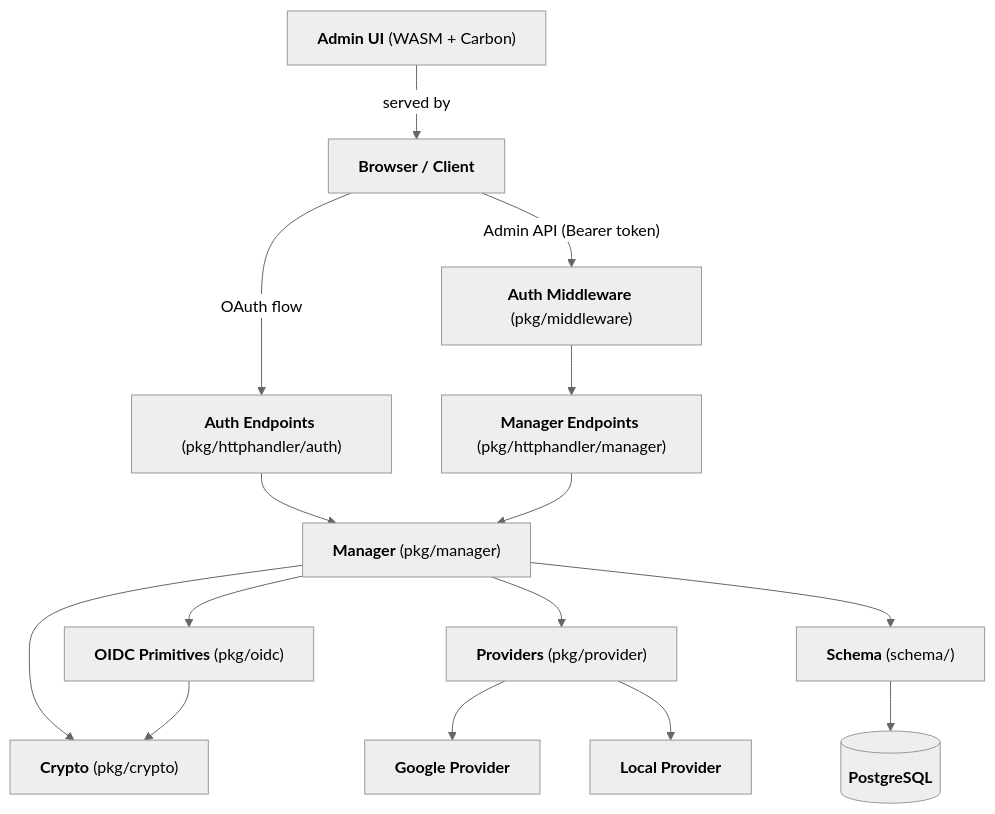
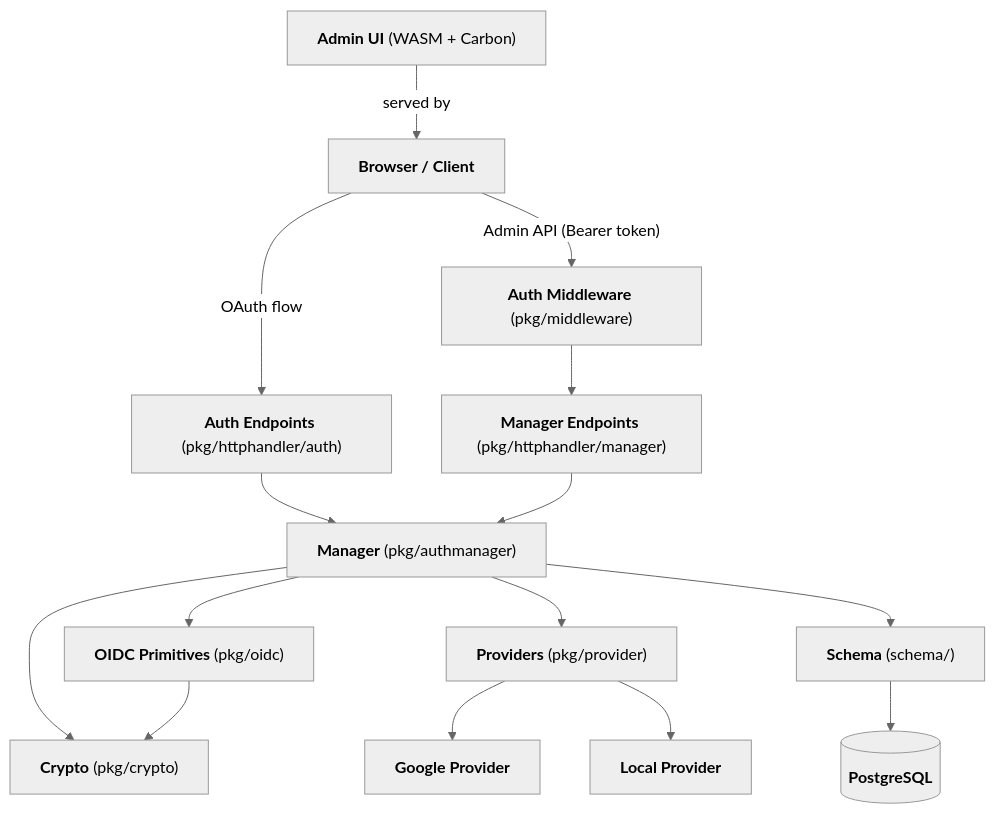
One commit to mutablelogic/go-auth changed the first of 2 diagrams in README.md. Above: the diagram before and after it, drawn with Mermaid (neutral theme). The commit also changed other lines of this file and 54 other files, not shown here.

````diff
--- a/README.md
+++ b/README.md
@@ -160,31 +159,31 @@
 ```mermaid
 flowchart TD
     Browser["<b>Browser / Client</b>"]
     AdminUI["<b>Admin UI</b> (WASM + Carbon)"]
     AuthEP["<b>Auth Endpoints</b> (pkg/httphandler/auth)"]
     MgrEP["<b>Manager Endpoints</b> (pkg/httphandler/manager)"]
     Middleware["<b>Auth Middleware</b> (pkg/middleware)"]
-    Manager["<b>Manager</b> (pkg/manager)"]
+    Manager["<b>Manager</b> (pkg/authmanager)"]
     OIDC["<b>OIDC Primitives</b> (pkg/oidc)"]
     Crypto["<b>Crypto</b> (pkg/crypto)"]
     Providers["<b>Providers</b> (pkg/provider)"]
     Google["<b>Google Provider</b>"]
     Local["<b>Local Provider</b>"]
     Schema["<b>Schema</b> (schema/)"]
     PG[("<b>PostgreSQL</b>")]
 
     Browser -->|"OAuth flow"| AuthEP
     Browser -->|"Admin API (Bearer token)"| Middleware
     AdminUI -->|"served by"| Browser
     Middleware --> MgrEP
     AuthEP --> Manager
     MgrEP --> Manager
     Manager --> OIDC
     Manager --> Crypto
     Manager --> Providers
     Manager --> Schema
     Providers --> Google
     Providers --> Local
     Schema --> PG
     OIDC --> Crypto
 ```
````
